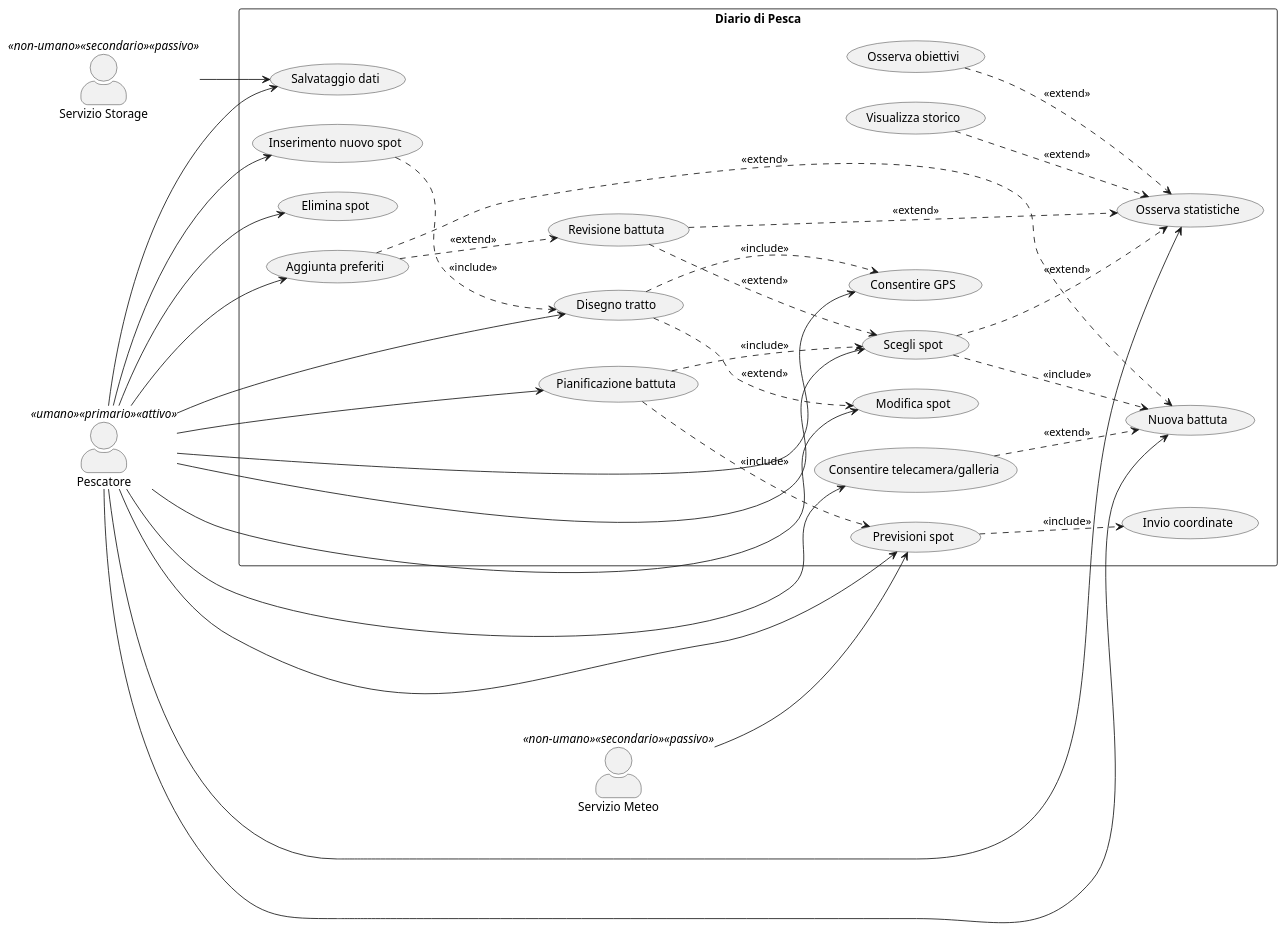
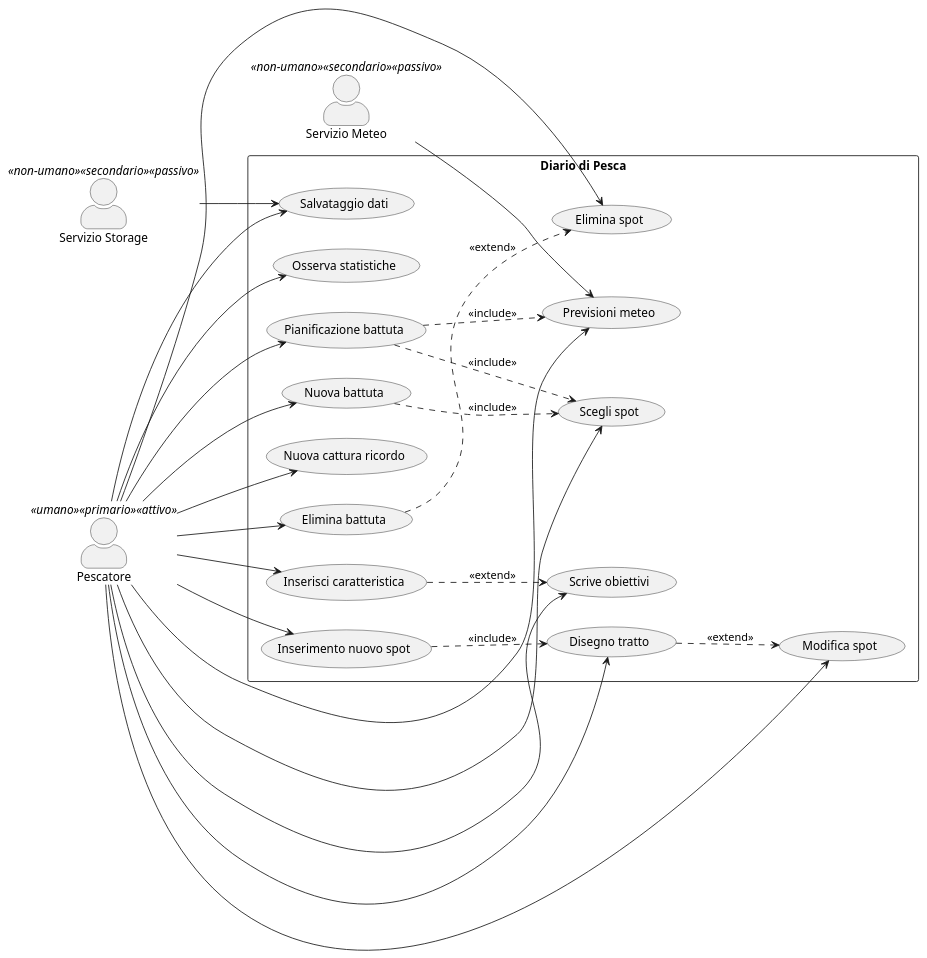
The diagram in diagrams/diagramma_casi_uso.puml (LocaCele04/LC_Tesi), drawn with PlantUML before and after one commit. The commit also changed 1 other file, not shown here.

Commit message:
rimodellizzazione uml casi d'uso
apportate modifiche per nuove idee sulla struttura dell'app, semplificato il diagramma rimuovendo alcuni casi d'uso poco significativi

```diff
--- a/diagrams/diagramma_casi_uso.puml
+++ b/diagrams/diagramma_casi_uso.puml
@@ -1,75 +1,63 @@
 @startuml Diagramma_dei_casi_duso
 left to right direction
 skinparam packageStyle rectangle
 skinparam actorStyle awesome
 
 actor "Pescatore" as Pescatore <<umano>> <<primario>> <<attivo>>
 actor "Servizio Meteo" as Meteo <<non-umano>> <<secondario>> <<passivo>>
 actor "Servizio Storage" as Storage <<non-umano>> <<secondario>> <<passivo>>
 
 rectangle "Diario di Pesca" {
   ' --- nuovi casi uso ---
-	usecase "Consentire telecamera/galleria" as UC_AccessoFoto
-	usecase "Consentire GPS" as UC_AccessoPosizione
 	usecase "Disegno tratto" as UC_DisegnoTratto
-	usecase "Invio coordinate" as UC_InvioCoordinate
-	usecase "Previsioni spot" as UC_Previsioni
+	usecase "Elimina battuta" as UC_EliminaBattuta
+	usecase "Inserisci caratteristica" as UC_NuovaCaratteristica
+	usecase "Scrive obiettivi" as UC_NuovoObiettivo
+	usecase "Previsioni meteo" as UC_Previsioni
 	usecase "Inserimento nuovo spot" as UC_NuovoSpot
 	usecase "Modifica spot" as UC_ModificaSpot
 	usecase "Scegli spot" as UC_SceltaSpot
+	usecase "Osserva statistiche" as UC_Statistiche
 	usecase "Elimina spot" as UC_EliminaSpot
-	usecase "Osserva statistiche" as UC_Statistiche
-	usecase "Osserva obiettivi" as UC_Obiettivi
-	usecase "Revisione battuta" as UC_RevisioneBattuta
-	usecase "Visualizza storico" as UC_Storico
 	usecase "Salvataggio dati" as UC_Backup
 	usecase "Nuova battuta" as UC_NuovaBattuta
-	usecase "Aggiunta preferiti" as UC_AggiuntaPreferiti
 	usecase "Pianificazione battuta" as UC_Pianificazione
+	usecase "Nuova cattura ricordo" as UC_CatturaMemorabile
 	
   
 
   ' --- nuove associazioni ---
-	UC_Previsioni ..> UC_InvioCoordinate : <<include>>
 	UC_NuovoSpot ..> UC_DisegnoTratto : <<include>>
 	UC_DisegnoTratto ..> UC_ModificaSpot : <<extend>>
-	UC_SceltaSpot ..> UC_Statistiche : <<extend>>
-	UC_Obiettivi ..> UC_Statistiche : <<extend>>
-	UC_RevisioneBattuta ..> UC_Statistiche : <<extend>>
-	UC_RevisioneBattuta ..> UC_SceltaSpot : <<extend>>
-	UC_Storico ..> UC_Statistiche : <<extend>>
-	UC_SceltaSpot ..> UC_NuovaBattuta : <<include>>
-	UC_AccessoFoto ..> UC_NuovaBattuta : <<extend>>
-	UC_AggiuntaPreferiti ..> UC_NuovaBattuta : <<extend>>
-	UC_AggiuntaPreferiti ..> UC_RevisioneBattuta : <<extend>>
+	UC_NuovaBattuta ..> UC_SceltaSpot : <<include>>
 	UC_Pianificazione ..> UC_Previsioni : <<include>>
 	UC_Pianificazione ..> UC_SceltaSpot : <<include>>
-	UC_DisegnoTratto ..> UC_AccessoPosizione : <<include>>
-	
-	
+	UC_NuovaCaratteristica ..> UC_NuovoObiettivo : <<extend>>  
+	UC_EliminaBattuta ..> UC_EliminaSpot : <<extend>> 
 
 
   
 
 
   ' --- Regola di business, l'eliminazione da parte del pescatore dello spot elimina anche il tratto associato e viceversa ---
 }
 
 ' --- associazioni con attori ---
 	Meteo --> UC_Previsioni
 	Storage --> UC_Backup
-	Pescatore --> UC_AccessoFoto
-	Pescatore --> UC_AccessoPosizione
-	Pescatore --> UC_DisegnoTratto
 	Pescatore --> UC_NuovoSpot
 	Pescatore --> UC_ModificaSpot
 	Pescatore --> UC_SceltaSpot
 	Pescatore --> UC_EliminaSpot
 	Pescatore --> UC_Statistiche
 	Pescatore --> UC_Backup
+	Pescatore --> UC_EliminaBattuta 
+	Pescatore --> UC_DisegnoTratto
+	Pescatore --> UC_CatturaMemorabile
+	Pescatore --> UC_NuovaCaratteristica
 	Pescatore --> UC_NuovaBattuta
-	Pescatore --> UC_AggiuntaPreferiti
 	Pescatore --> UC_Pianificazione
+	Pescatore --> UC_NuovoObiettivo
 	Pescatore --> UC_Previsioni
 
 @enduml
```
